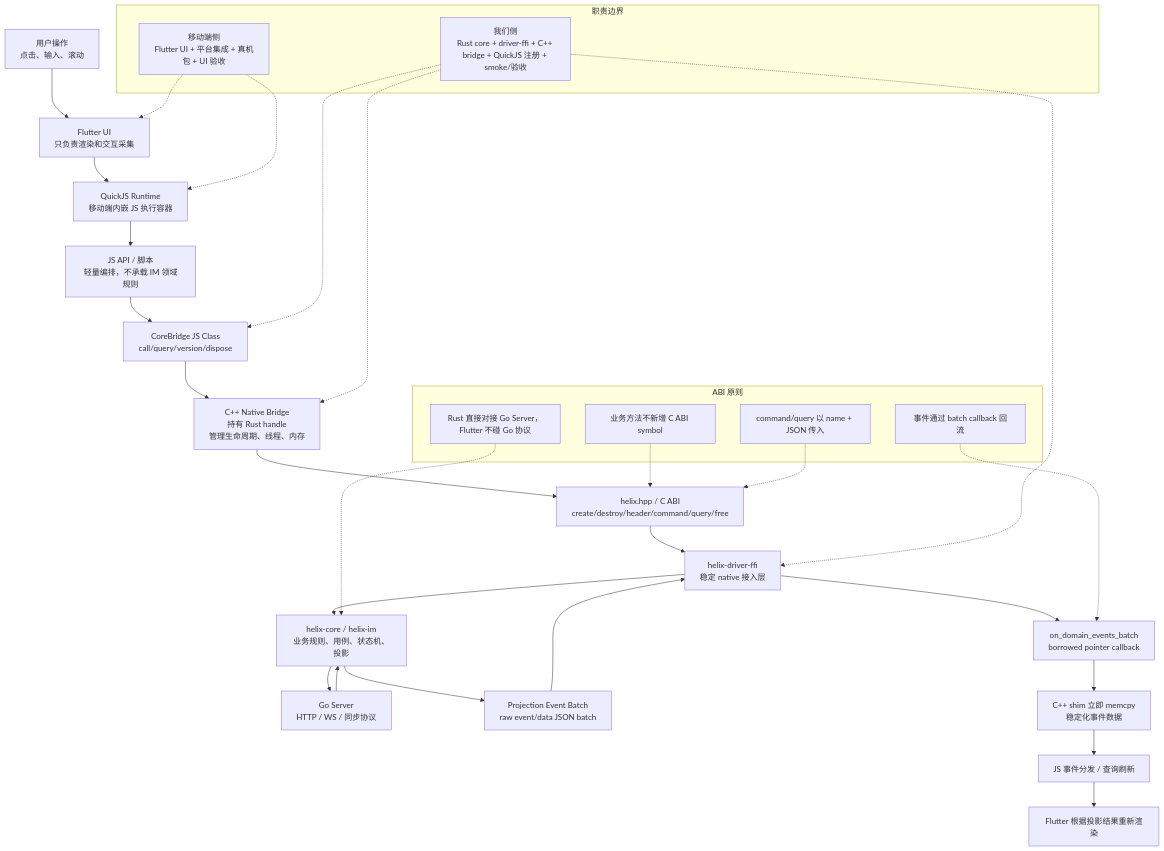
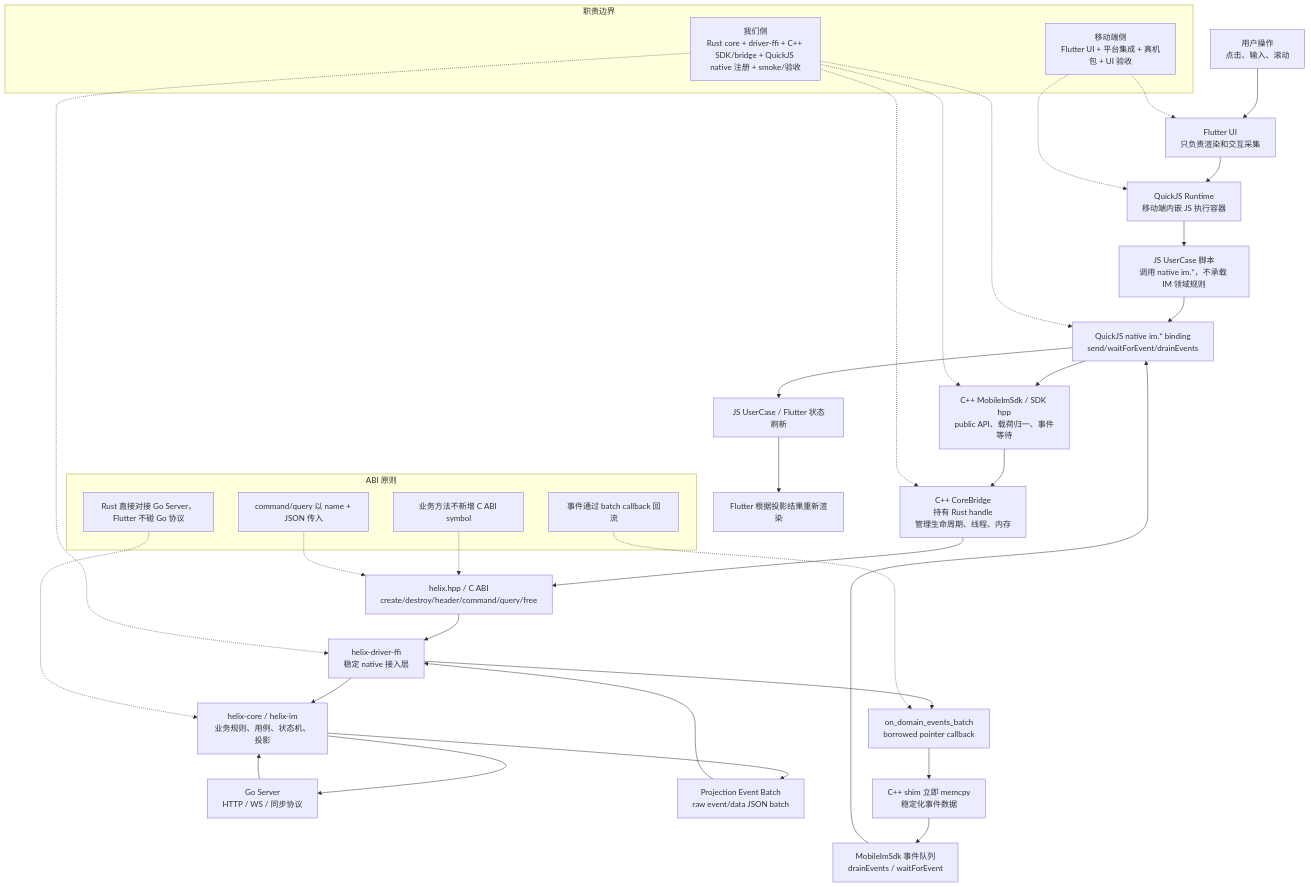
Before and after one commit to zxs1633079383/helix: the diagram in crates/helix-driver-ffi/docs/移动端QuickJS接入总流程图.mmd, drawn with Mermaid. The commit also changed 8 other files, not shown here.

Commit message:
docs(ffi): 对齐移动 QuickJS 接入边界

```diff
--- a/crates/helix-driver-ffi/docs/移动端QuickJS接入总流程图.mmd
+++ b/crates/helix-driver-ffi/docs/移动端QuickJS接入总流程图.mmd
@@ -1,41 +1,45 @@
 flowchart TD
     User["用户操作<br/>点击、输入、滚动"] --> Flutter["Flutter UI<br/>只负责渲染和交互采集"]
     Flutter --> Runtime["QuickJS Runtime<br/>移动端内嵌 JS 执行容器"]
-    Runtime --> JSAPI["JS API / 脚本<br/>轻量编排，不承载 IM 领域规则"]
-    JSAPI --> JSClass["CoreBridge JS Class<br/>call/query/version/dispose"]
-    JSClass --> CppBridge["C++ Native Bridge<br/>持有 Rust handle<br/>管理生命周期、线程、内存"]
+    Runtime --> JSAPI["JS UserCase 脚本<br/>调用 native im.*，不承载 IM 领域规则"]
+    JSAPI --> NativeIM["QuickJS native im.* binding<br/>send/waitForEvent/drainEvents"]
+    NativeIM --> SDK["C++ MobileImSdk / SDK hpp<br/>public API、载荷归一、事件等待"]
+    SDK --> CppBridge["C++ CoreBridge<br/>持有 Rust handle<br/>管理生命周期、线程、内存"]
     CppBridge --> Header["helix.hpp / C ABI<br/>create/destroy/header/command/query/free"]
     Header --> DriverFfi["helix-driver-ffi<br/>稳定 native 接入层"]
     DriverFfi --> RustCore["helix-core / helix-im<br/>业务规则、用例、状态机、投影"]
     RustCore --> GoServer["Go Server<br/>HTTP / WS / 同步协议"]
 
     GoServer --> RustCore
     RustCore --> EventBatch["Projection Event Batch<br/>raw event/data JSON batch"]
     EventBatch --> DriverFfi
     DriverFfi --> Callback["on_domain_events_batch<br/>borrowed pointer callback"]
     Callback --> CppMemcpy["C++ shim 立即 memcpy<br/>稳定化事件数据"]
-    CppMemcpy --> JSNotify["JS 事件分发 / 查询刷新"]
+    CppMemcpy --> SDKEvents["MobileImSdk 事件队列<br/>drainEvents / waitForEvent"]
+    SDKEvents --> NativeIM
+    NativeIM --> JSNotify["JS UserCase / Flutter 状态刷新"]
     JSNotify --> FlutterRender["Flutter 根据投影结果重新渲染"]
 
     subgraph Ownership["职责边界"]
-        OwnRust["我们侧<br/>Rust core + driver-ffi + C++ bridge + QuickJS 注册 + smoke/验收"]
+        OwnRust["我们侧<br/>Rust core + driver-ffi + C++ SDK/bridge + QuickJS native 注册 + smoke/验收"]
         OwnMobile["移动端侧<br/>Flutter UI + 平台集成 + 真机包 + UI 验收"]
     end
 
     OwnRust -.-> DriverFfi
     OwnRust -.-> CppBridge
-    OwnRust -.-> JSClass
+    OwnRust -.-> NativeIM
+    OwnRust -.-> SDK
     OwnMobile -.-> Flutter
     OwnMobile -.-> Runtime
 
     subgraph AbiRule["ABI 原则"]
         Rule1["业务方法不新增 C ABI symbol"]
         Rule2["command/query 以 name + JSON 传入"]
         Rule3["事件通过 batch callback 回流"]
         Rule4["Rust 直接对接 Go Server，Flutter 不碰 Go 协议"]
     end
 
     Rule1 -.-> Header
     Rule2 -.-> Header
     Rule3 -.-> Callback
     Rule4 -.-> RustCore
```
